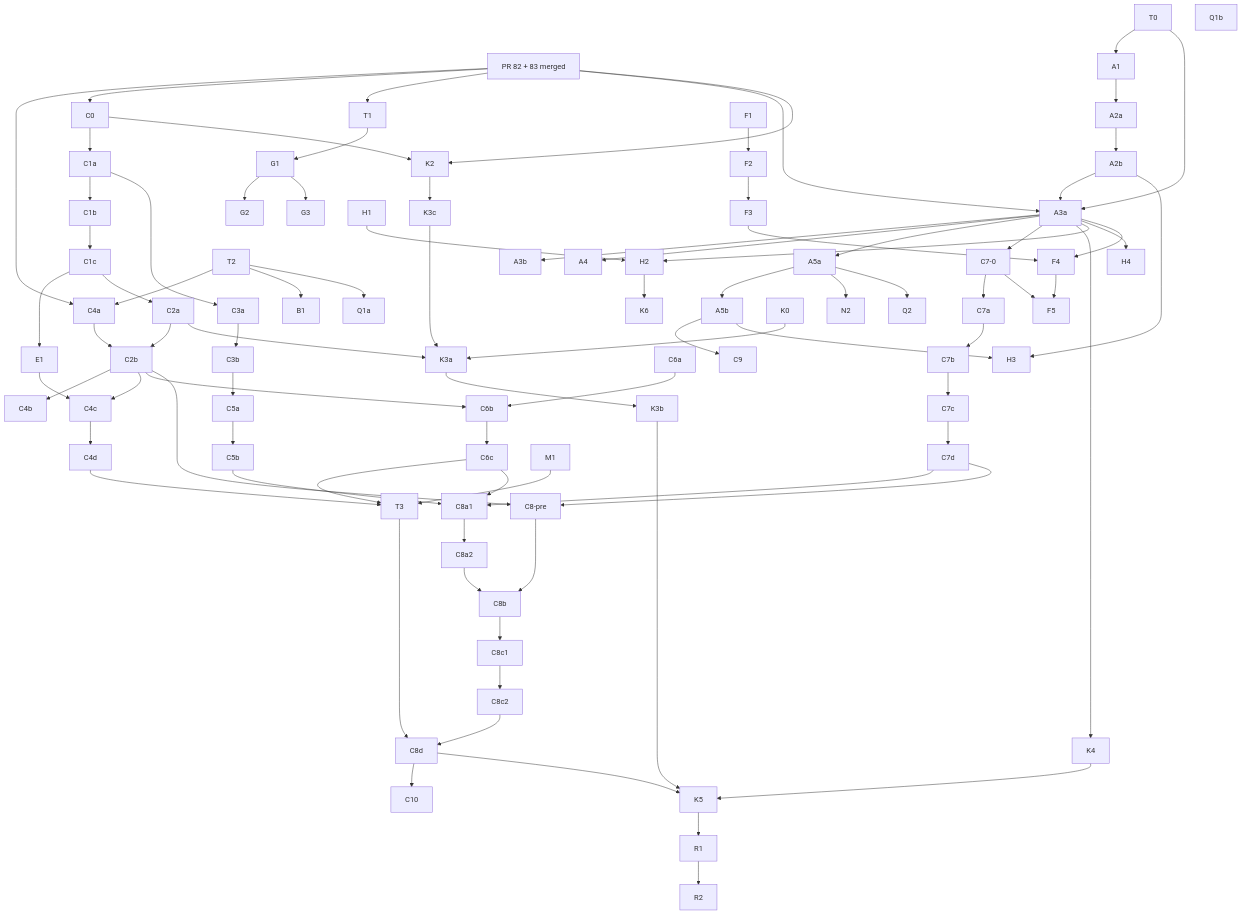
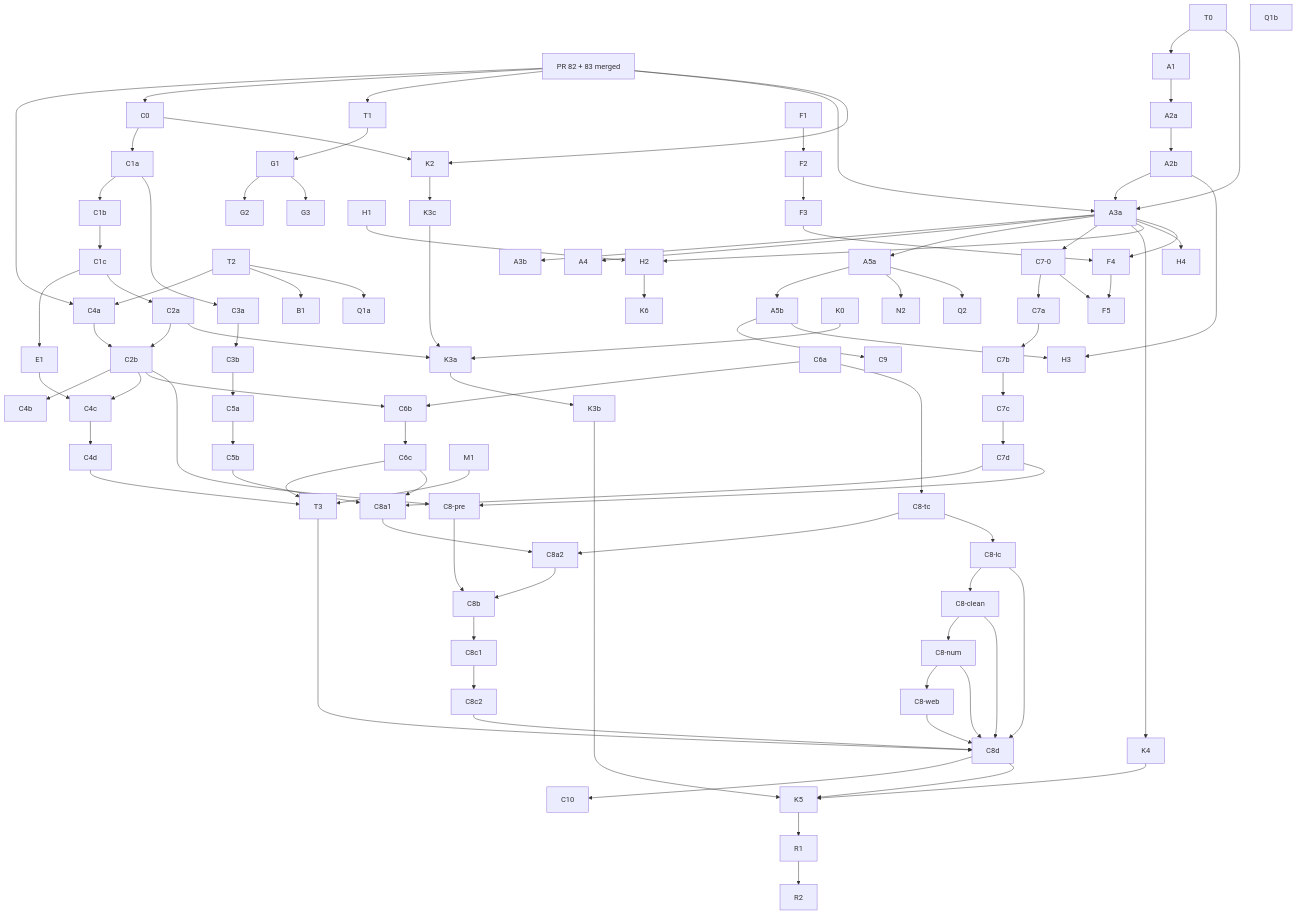
Before and after one commit to scoizzle/Poly: the diagram in docs/domain-modeling/pipeline-convergence-plan.md, drawn with Mermaid. The commit also changed other lines of this file and 6 other files, not shown here.

Commit message:
plan: codegen re-plan (C8-tc grown, C8-lc, C8-web, C8-num, C8-clean)

````diff
--- a/docs/domain-modeling/pipeline-convergence-plan.md
+++ b/docs/domain-modeling/pipeline-convergence-plan.md
@@ -960,60 +998,70 @@
 ```mermaid
 flowchart TD
     PR[PR 82 + 83 merged] --> C4a
     PR --> C0
     PR --> T1
     T0 --> A1 --> A2a --> A2b --> A3a
     PR --> A3a
     T0 --> A3a
     A3a --> A3b
     A3a --> A4
     A3a --> A5a --> A5b --> C9
     A5a --> N2
     A5a --> Q2
     T2 --> C4a
     T2 --> B1
     T2 --> Q1a
     Q1b
     T1 --> G1 --> G2
     G1 --> G3
     C0 --> C1a --> C1b --> C1c --> E1
     C1c --> C2a
     C2a --> C2b
     C4a --> C2b
     C2b --> C4b
     C2b --> C4c
     E1 --> C4c --> C4d
     C1a --> C3a --> C3b --> C5a
     C5a --> C5b
     C2b --> C6b
     C6a --> C6b --> C6c
     A3a --> C7-0
     C7-0 --> C7a --> C7b --> C7c --> C7d
     C4d --> T3
     C6c --> T3
     M1 --> T3
     C5b --> C8a1
     C6c --> C8a1
     C7d --> C8a1
     C8a1 --> C8a2 --> C8b
+    C6a --> C8tc[C8-tc]
+    C8tc --> C8a2
+    C8tc --> C8lc[C8-lc]
+    C8lc --> C8clean[C8-clean]
+    C8clean --> C8num[C8-num]
+    C8num --> C8web[C8-web]
     C2b --> C8pre[C8-pre]
     C7d --> C8pre
     C8pre --> C8b --> C8c1 --> C8c2 --> C8d
     T3 --> C8d
+    C8lc --> C8d
+    C8clean --> C8d
+    C8num --> C8d
+    C8web --> C8d
     C8d --> C10
     C8d --> K5
     PR --> K2 --> K3c --> K3a --> K3b --> K5
     C0 --> K2
     K0 --> K3a
     C2a --> K3a
     A3a --> K4 --> K5
     H1 --> H2 --> K6
     A3a --> H2
     A2b --> H3
     A5b --> H3
     A3a --> H4
     F1 --> F2 --> F3 --> F4 --> F5
     A3a --> F4
     C7-0 --> F5
     K5 --> R1 --> R2
 ```
````
